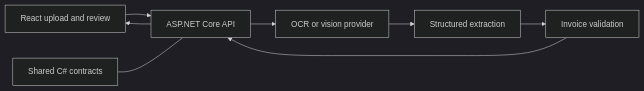
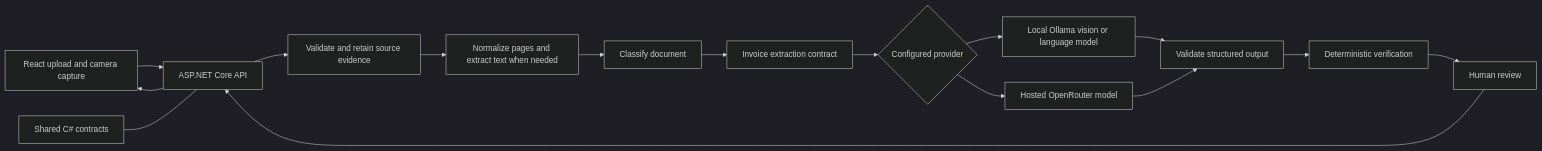
The diagram in docs/architecture/invoice-ocr-architecture.md (atmichael/smu-igd-ilp-2026), drawn with Mermaid (dark theme) before and after one commit. The commit also changed other lines of this file and 19 other files, not shown here.

````diff
--- a/docs/architecture/invoice-ocr-architecture.md
+++ b/docs/architecture/invoice-ocr-architecture.md
@@ -9,10 +9,18 @@
 ```mermaid
 flowchart LR
-    U[React upload and review] --> A[ASP.NET Core API]
-    A --> O[OCR or vision provider]
-    O --> L[Structured extraction]
-    L --> V[Invoice validation]
-    V --> A
-    A --> U
-    S[Shared C# contracts] --- A
+  U[React upload and camera capture] --> A[ASP.NET Core API]
+  A --> I[Validate and retain source evidence]
+  I --> N[Normalize pages and extract text when needed]
+  N --> C[Classify document]
+  C --> X[Invoice extraction contract]
+  X --> P{Configured provider}
+  P --> O[Local Ollama vision or language model]
+  P --> R[Hosted OpenRouter model]
+  O --> V[Validate structured output]
+  R --> V
+  V --> D[Deterministic verification]
+  D --> H[Human review]
+  H --> A
+  A --> U
+  S[Shared C# contracts] --- A
 ```
````
